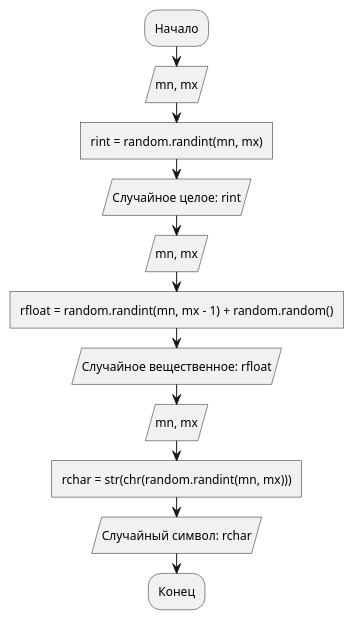
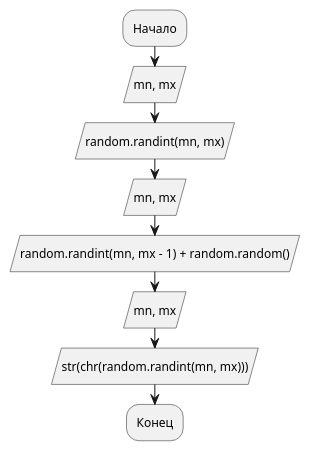
The diagram in python_algo/lesson01/task4.puml (iatsuk/geekbrains), drawn with PlantUML before and after one commit. The commit also changed 11 other files, not shown here.

```diff
--- a/python_algo/lesson01/task4.puml
+++ b/python_algo/lesson01/task4.puml
@@ -1,13 +1,10 @@
 @startuml
 :Начало;
 :mn, mx/
-:rint = random.randint(mn, mx)]
-:Случайное целое: rint/
+:random.randint(mn, mx)/
 :mn, mx/
-:rfloat = random.randint(mn, mx - 1) + random.random()]
-:Случайное вещественное: rfloat/
+:random.randint(mn, mx - 1) + random.random()/
 :mn, mx/
-:rchar = str(chr(random.randint(mn, mx)))]
-:Случайный символ: rchar/
+:str(chr(random.randint(mn, mx)))/
 :Конец;
 @enduml
```
